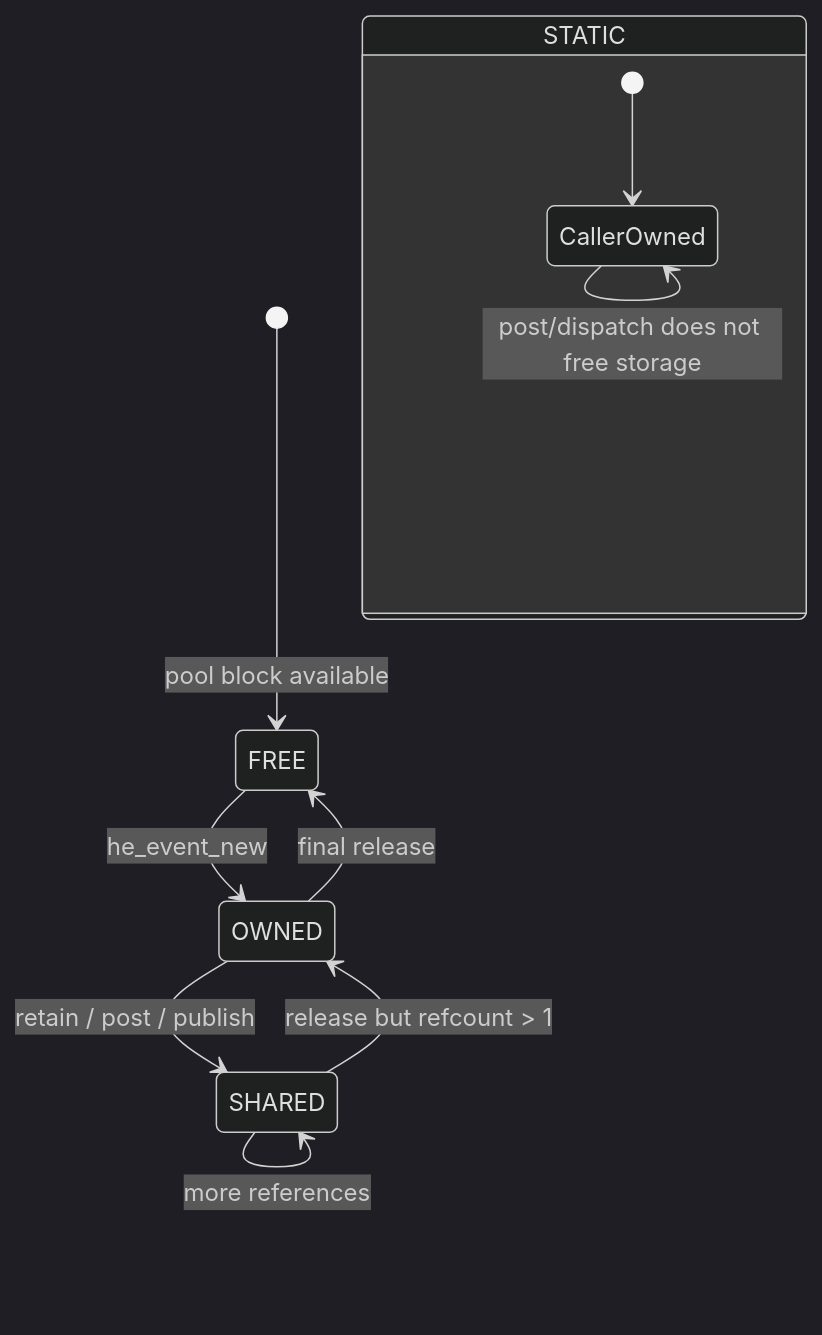
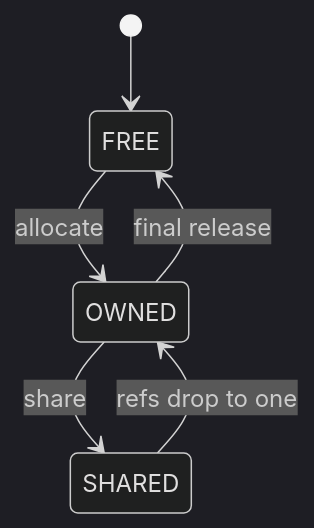
The first of 2 diagrams in docs/03-haievent/event-model.md (haikevins/hairtos), drawn with Mermaid (dark theme) before and after one commit. The commit also changed other lines of this file and 82 other files, not shown here.

````diff
--- a/docs/03-haievent/event-model.md
+++ b/docs/03-haievent/event-model.md
@@ -58,13 +59,9 @@
 ```mermaid
 stateDiagram-v2
-    [*] --> FREE: pool block available
-    FREE --> OWNED: he_event_new
-    OWNED --> SHARED: retain / post / publish
-    SHARED --> SHARED: more references
-    SHARED --> OWNED: release but refcount > 1
+    direction TB
+    [*] --> FREE
+    FREE --> OWNED: allocate
+    OWNED --> SHARED: share
+    SHARED --> OWNED: refs drop to one
     OWNED --> FREE: final release
-    state STATIC {
-      [*] --> CallerOwned
-      CallerOwned --> CallerOwned: post/dispatch does not free storage
-    }
 ```
````
